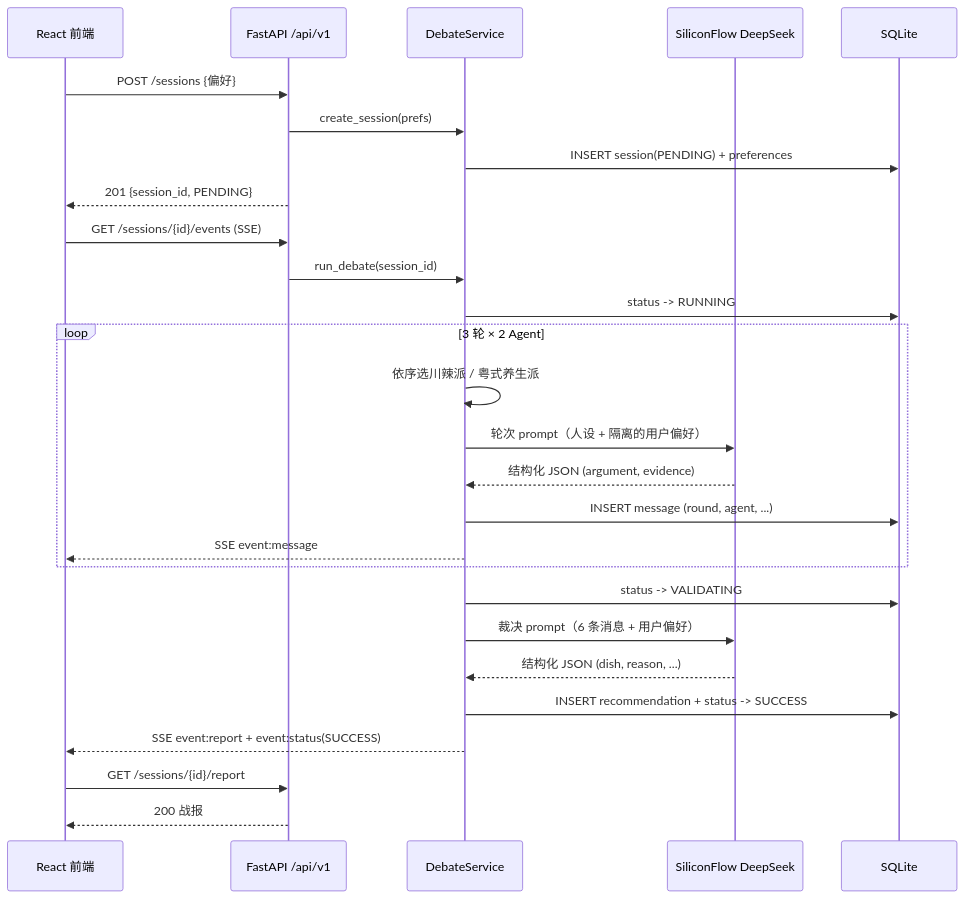
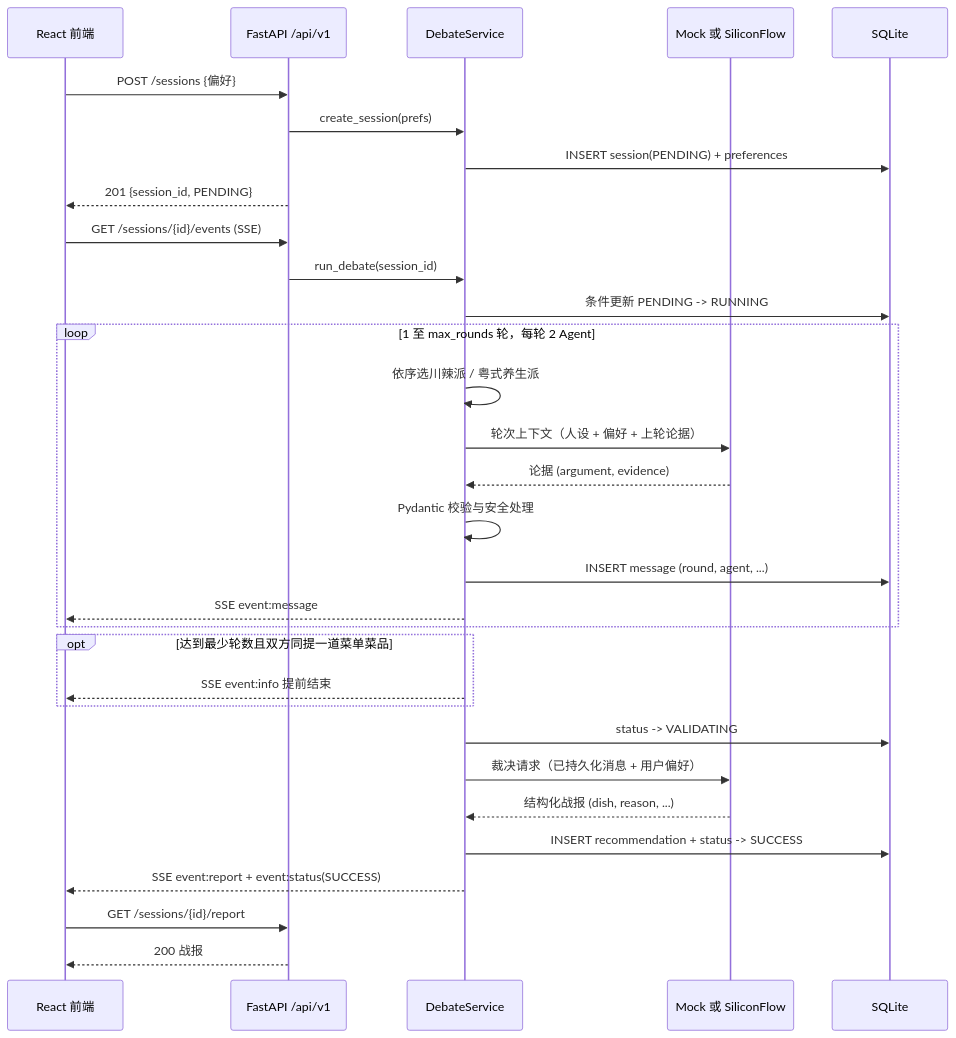
One commit to 2467999639-zz/foodarena-ai changed the fifth of 6 diagrams in docs/system_design.md. Above: the diagram before and after it, drawn with Mermaid. The commit also changed other lines of this file and 4 other files, not shown here.

First line of the commit message:
docs: add architecture and Sprint reports

````diff
--- a/docs/system_design.md
+++ b/docs/system_design.md
@@ -178,33 +197,38 @@
 ```mermaid
 sequenceDiagram
     participant UI as React 前端
     participant API as FastAPI /api/v1
     participant SVC as DebateService
-    participant LLM as SiliconFlow DeepSeek
+    participant P as Mock 或 SiliconFlow
     participant DB as SQLite
 
     UI->>API: POST /sessions {偏好}
     API->>SVC: create_session(prefs)
     SVC->>DB: INSERT session(PENDING) + preferences
     API-->>UI: 201 {session_id, PENDING}
 
     UI->>API: GET /sessions/{id}/events (SSE)
     API->>SVC: run_debate(session_id)
-    SVC->>DB: status -> RUNNING
+    SVC->>DB: 条件更新 PENDING -> RUNNING
 
-    loop 3 轮 × 2 Agent
+    loop 1 至 max_rounds 轮，每轮 2 Agent
         SVC->>SVC: 依序选川辣派 / 粤式养生派
-        SVC->>LLM: 轮次 prompt（人设 + 隔离的用户偏好）
-        LLM-->>SVC: 结构化 JSON (argument, evidence)
+        SVC->>P: 轮次上下文（人设 + 偏好 + 上轮论据）
+        P-->>SVC: 论据 (argument, evidence)
+        SVC->>SVC: Pydantic 校验与安全处理
         SVC->>DB: INSERT message (round, agent, ...)
         SVC-->>UI: SSE event:message
     end
 
+    opt 达到最少轮数且双方同提一道菜单菜品
+        SVC-->>UI: SSE event:info 提前结束
+    end
+
     SVC->>DB: status -> VALIDATING
-    SVC->>LLM: 裁决 prompt（6 条消息 + 用户偏好）
-    LLM-->>SVC: 结构化 JSON (dish, reason, ...)
+    SVC->>P: 裁决请求（已持久化消息 + 用户偏好）
+    P-->>SVC: 结构化战报 (dish, reason, ...)
     SVC->>DB: INSERT recommendation + status -> SUCCESS
     SVC-->>UI: SSE event:report + event:status(SUCCESS)
     UI->>API: GET /sessions/{id}/report
     API-->>UI: 200 战报
 ```
````
